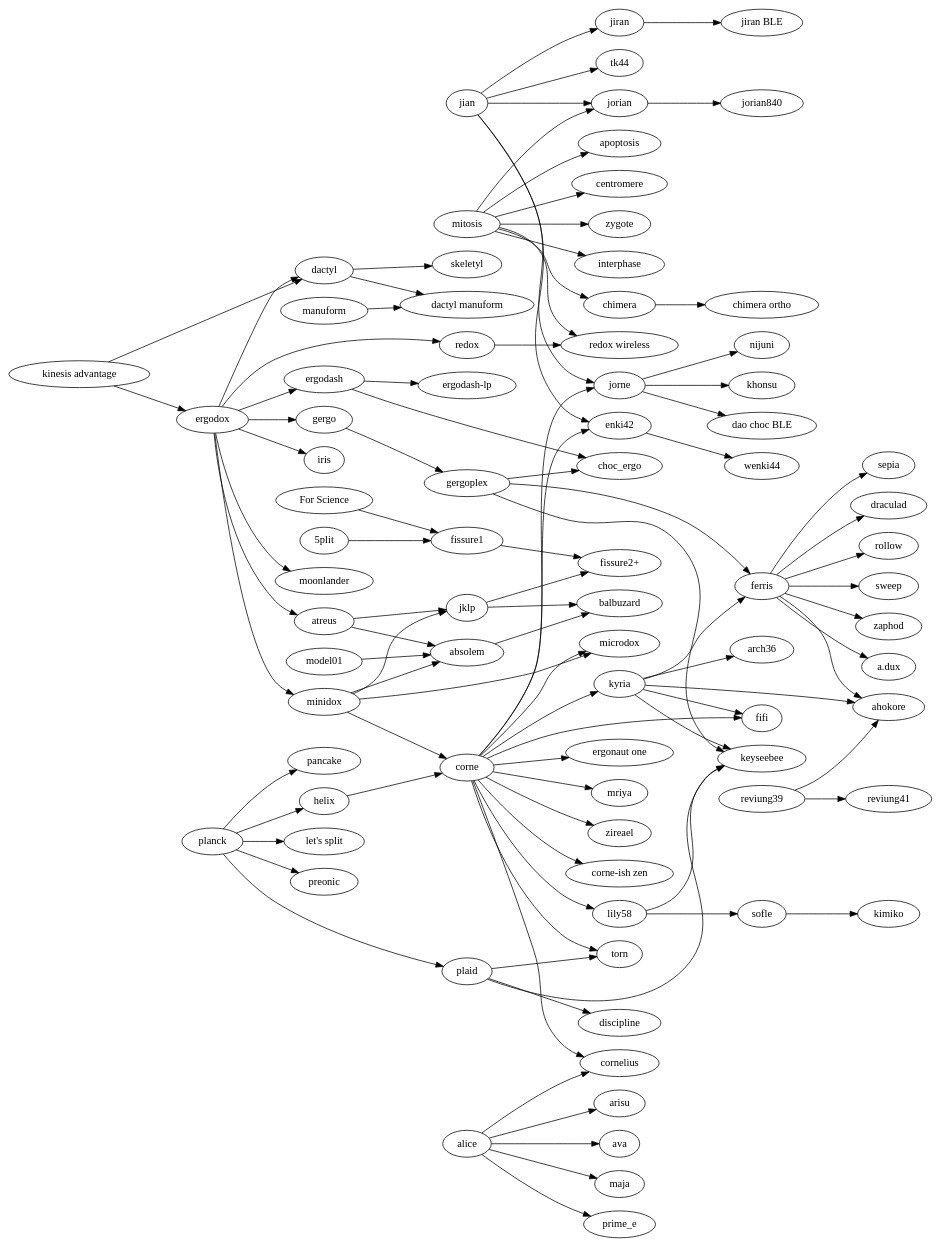
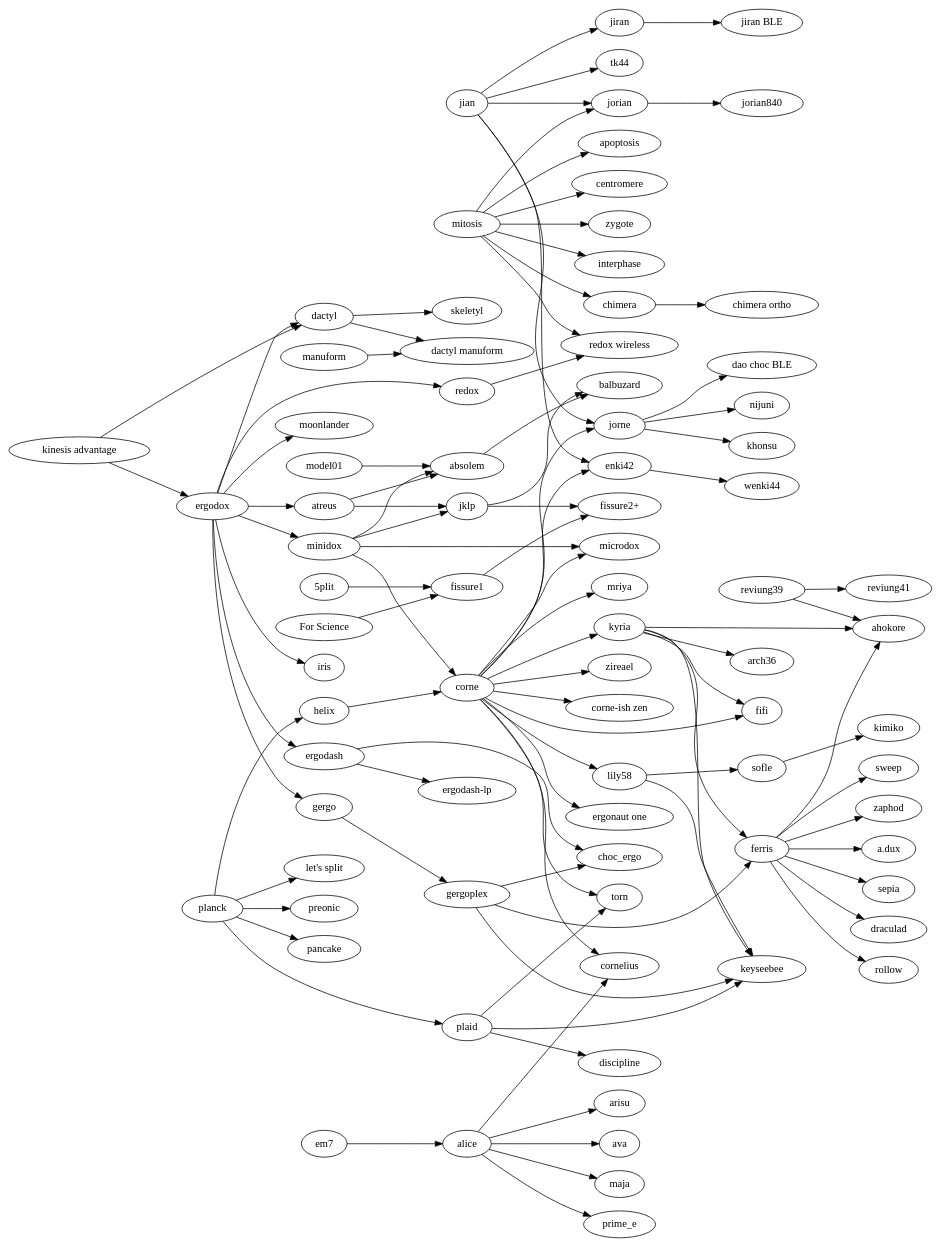
One commit to joric/graph changed the diagram in tree.gv. Above: the diagram before and after it, drawn with Graphviz.

```diff
--- a/tree.gv
+++ b/tree.gv
@@ -1,167 +1,168 @@
 digraph {
   rankdir=LR;
 
   subgraph splits {
     helix -> corne;
     enki42->wenki44;
     jiran->"jiran BLE";
     jorian->jorian840;
     redox->"redox wireless";
     chimera->"chimera ortho";
+    em7->alice;
 
     jian -> {
       jorian;
       jorne;
       jiran;
       enki42;
       tk44;
     }
 
     jorne -> {
       nijuni;
       khonsu;
       "dao choc BLE";
     }
 
     mitosis -> {
       apoptosis;
       "redox wireless";
       centromere;
       zygote;
       chimera;
       interphase;
       jorian;
     }
 
     corne -> {
       "corne-ish zen";
       cornelius;
       fifi;
       kyria;
       lily58;
       microdox;
       torn;
       jorne;
       "ergonaut one";
       mriya;
       zireael;
       enki42;
     };
 
     lily58 -> {
       keyseebee;
       sofle;
     };
 
     kyria -> {
         ahokore;
         arch36;
         ferris;
         fifi;
         keyseebee;
     };
 
     "kinesis advantage" -> {
       ergodox;
       dactyl;
     };
 
     ergodox -> {
       atreus;
       dactyl;
       ergodash;
       gergo;
       iris;
       minidox;
       moonlander;
       redox;
     };
 
     ergodash -> {
       "ergodash-lp";
       choc_ergo;
     };
 
     gergo -> gergoplex;
     gergoplex -> {
       choc_ergo;
       ferris;
       keyseebee;
     };
 
     ferris -> {
       ahokore;
       sepia;
       draculad;
       rollow;
       sweep;
       zaphod;
       "a.dux";
     };
 
     manuform -> "dactyl manuform";
 
     minidox -> {
       absolem;
       corne;
       microdox;
       jklp;
     };
 
     model01 -> {
       absolem;
     };
 
     sofle -> kimiko;
 
     "5plit" -> "fissure1";
     "For Science" -> "fissure1";
     fissure1 -> "fissure2+";
     jklp -> "fissure2+";
   }
 
   subgraph unibody {
     atreus -> {
       absolem;
       jklp;
     };
     jklp -> balbuzard;
     absolem -> balbuzard;
     reviung39 -> {
       ahokore;
       reviung41;
     };
   };
 
   subgraph ortholinear {
     plaid -> {
       discipline;
       keyseebee;
       torn;
     };
     planck -> {
       helix;
       "let's split";
       plaid;
       preonic;
       pancake;
     };
   }
 
   subgraph {
     dactyl -> {
       "dactyl manuform";
       skeletyl;
     }
   }
 
   subgraph alicefamily {
     alice -> {
       arisu;
       ava;
       cornelius;
       maja;
       prime_e;
     }
   }
 }
```
